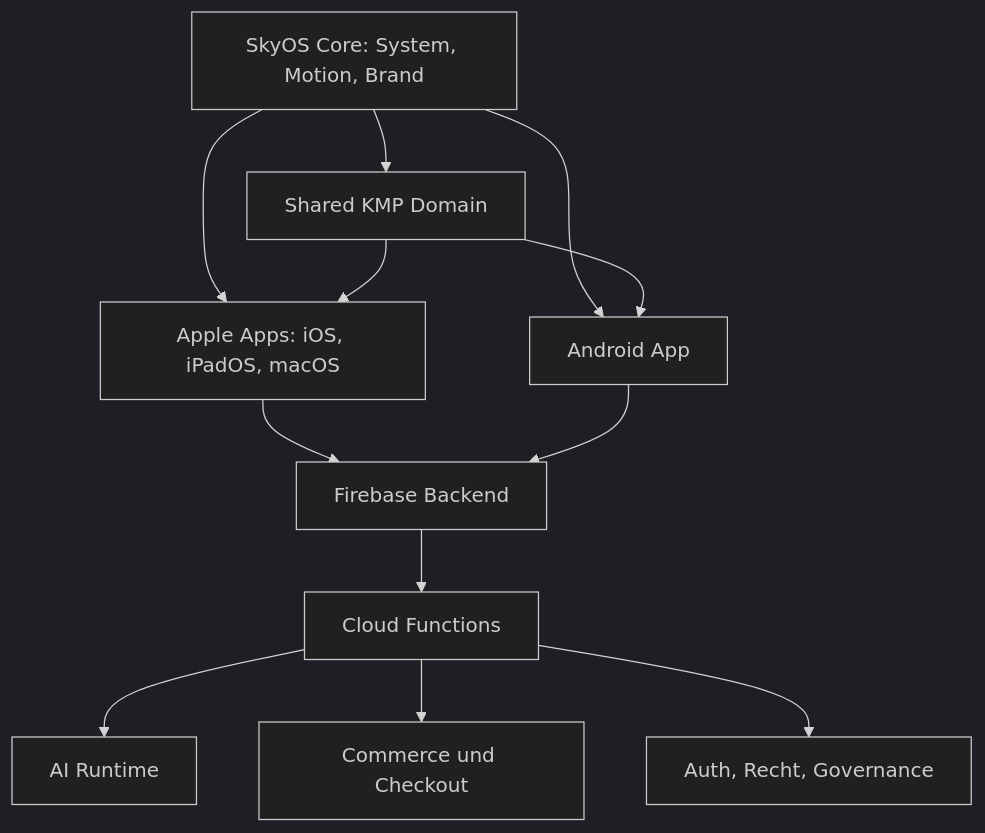
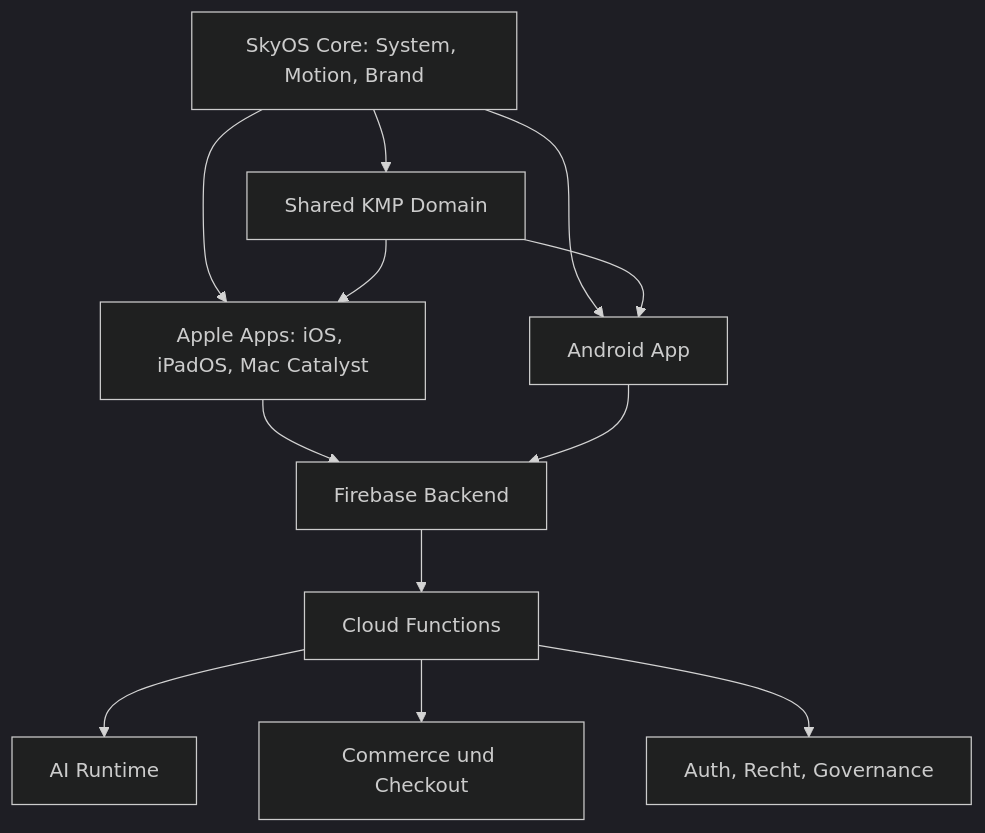
One commit to Yang-D-Nash/SkyOS-Readme-Public changed the diagram in README.md. Above: the diagram before and after it, drawn with Mermaid (dark theme). The commit also changed other lines of this file and 33 other files, not shown here.

````diff
--- a/README.md
+++ b/README.md
@@ -82,15 +100,15 @@
 ```mermaid
 flowchart TB
     skyos["SkyOS Core: System, Motion, Brand"]
-    skyos --> apple["Apple Apps: iOS, iPadOS, macOS"]
+    skyos --> apple["Apple Apps: iOS, iPadOS, Mac Catalyst"]
     skyos --> android["Android App"]
     skyos --> shared["Shared KMP Domain"]
     apple --> firebase["Firebase Backend"]
     android --> firebase
     shared --> apple
     shared --> android
     firebase --> functions["Cloud Functions"]
     functions --> ai["AI Runtime"]
     functions --> commerce["Commerce und Checkout"]
     functions --> trust["Auth, Recht, Governance"]
 ```
````
